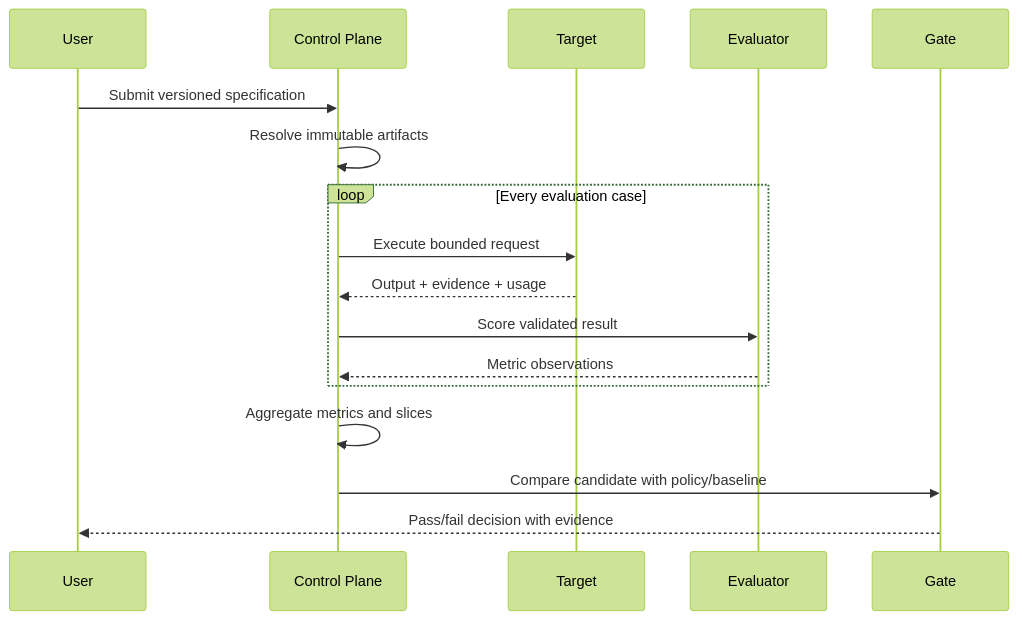
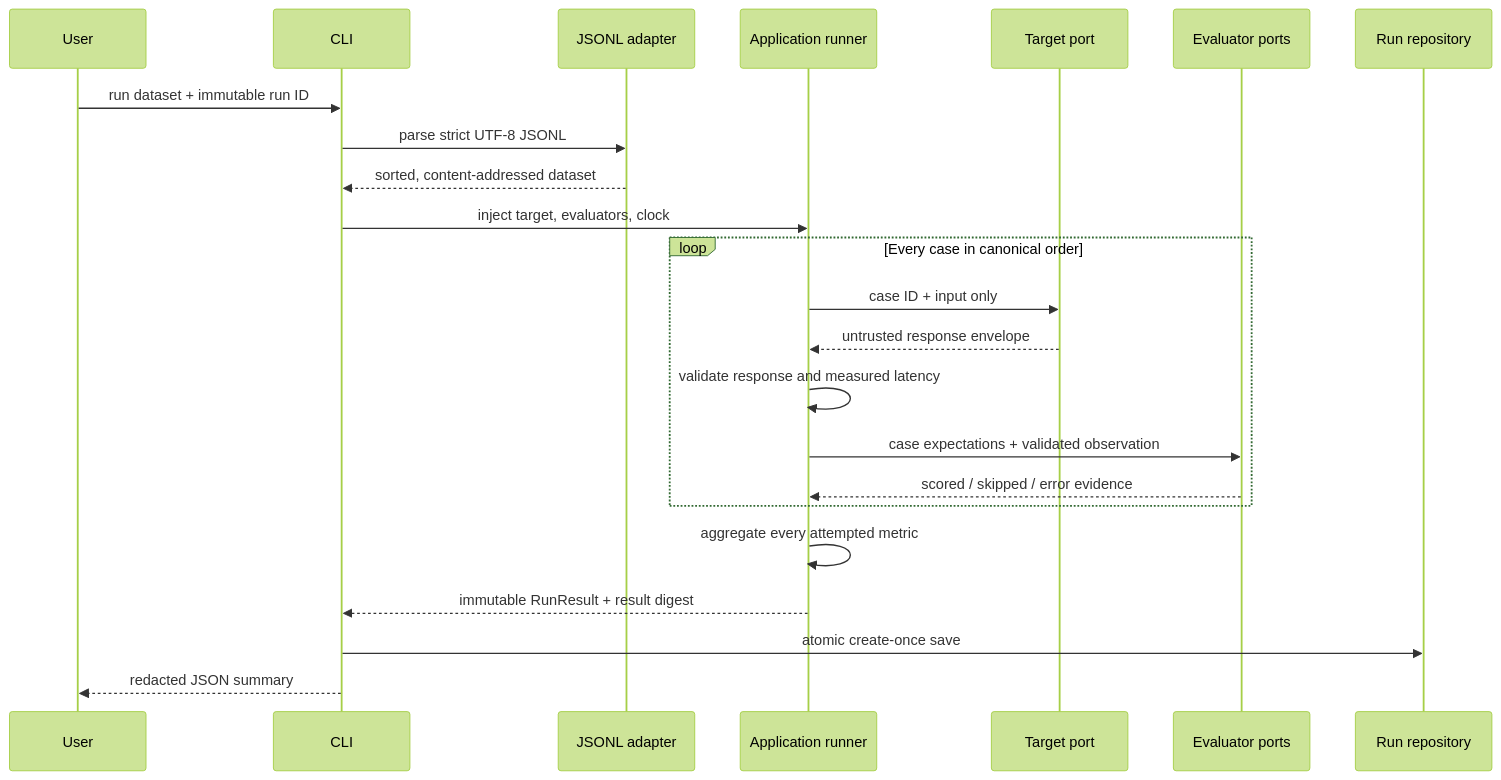
Before and after one commit to idevelopAI/llm-eval-control-plane: the second of 2 diagrams in docs/architecture.md, drawn with Mermaid (forest theme). The commit also changed other lines of this file and 6 other files, not shown here.

````diff
--- a/docs/architecture.md
+++ b/docs/architecture.md
@@ -59,20 +63,26 @@
 ```mermaid
 sequenceDiagram
     participant User
-    participant Control as Control Plane
-    participant Target
-    participant Evaluator
-    participant Gate
+    participant CLI
+    participant Loader as JSONL adapter
+    participant Runner as Application runner
+    participant Target as Target port
+    participant Eval as Evaluator ports
+    participant Store as Run repository
 
-    User->>Control: Submit versioned specification
-    Control->>Control: Resolve immutable artifacts
-    loop Every evaluation case
-        Control->>Target: Execute bounded request
-        Target-->>Control: Output + evidence + usage
-        Control->>Evaluator: Score validated result
-        Evaluator-->>Control: Metric observations
+    User->>CLI: run dataset + immutable run ID
+    CLI->>Loader: parse strict UTF-8 JSONL
+    Loader-->>CLI: sorted, content-addressed dataset
+    CLI->>Runner: inject target, evaluators, clock
+    loop Every case in canonical order
+        Runner->>Target: case ID + input only
+        Target-->>Runner: untrusted response envelope
+        Runner->>Runner: validate response and measured latency
+        Runner->>Eval: case expectations + validated observation
+        Eval-->>Runner: scored / skipped / error evidence
     end
-    Control->>Control: Aggregate metrics and slices
-    Control->>Gate: Compare candidate with policy/baseline
-    Gate-->>User: Pass/fail decision with evidence
+    Runner->>Runner: aggregate every attempted metric
+    Runner-->>CLI: immutable RunResult + result digest
+    CLI->>Store: atomic create-once save
+    CLI-->>User: redacted JSON summary
 ```
````
